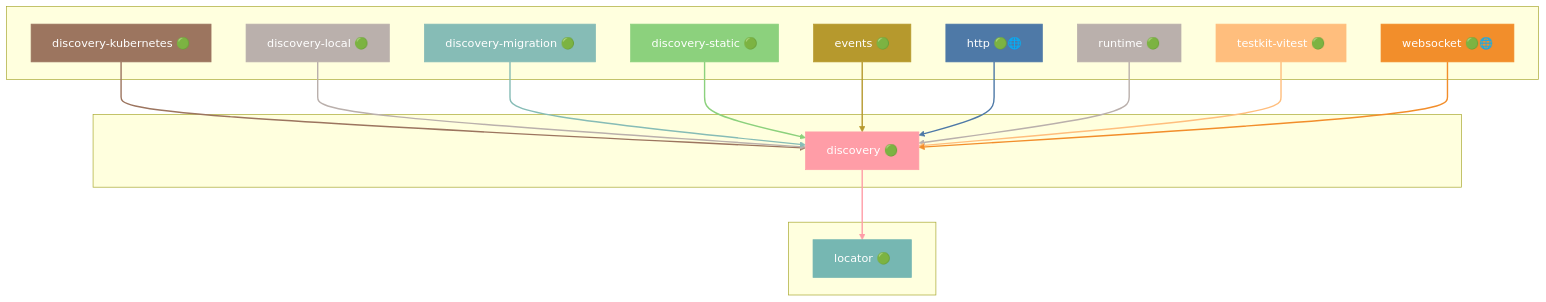
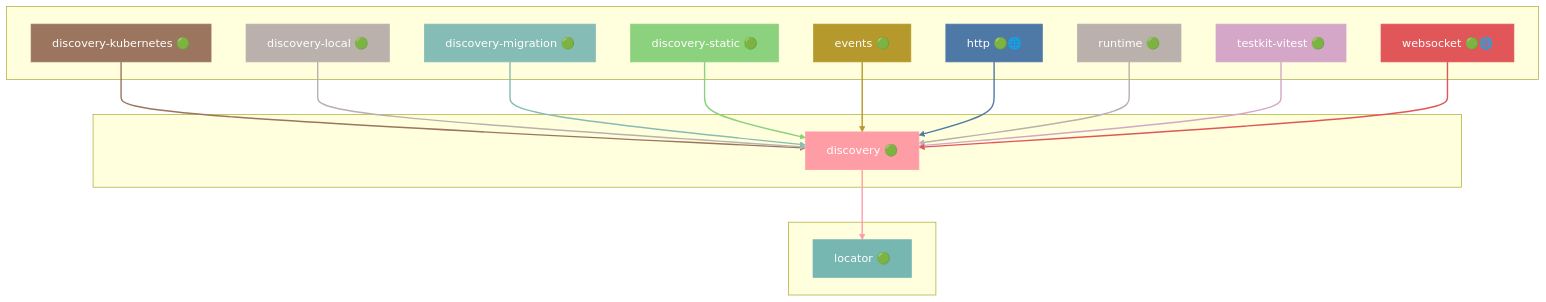
Before and after one commit to grest-ts/grest-ts: the ninth of 41 diagrams in docs/DEPENDENCIES.md, drawn with Mermaid. The commit also changed other lines of this file and 31 other files, not shown here.

````diff
--- a/docs/DEPENDENCIES.md
+++ b/docs/DEPENDENCIES.md
@@ -627,51 +629,51 @@
 ```mermaid
 flowchart TB
     subgraph Dependents[" "]
         discovery-kubernetes["discovery-kubernetes 🟢"]
         discovery-local["discovery-local 🟢"]
         discovery-migration["discovery-migration 🟢"]
         discovery-static["discovery-static 🟢"]
         events["events 🟢"]
         http["http 🟢🌐"]
         runtime["runtime 🟢"]
         testkit-vitest["testkit-vitest 🟢"]
         websocket["websocket 🟢🌐"]
     end
     subgraph Package[" "]
         discovery["discovery 🟢"]
     end
     subgraph Dependencies[" "]
         locator["locator 🟢"]
     end
     discovery-kubernetes --> discovery
     discovery-local --> discovery
     discovery-migration --> discovery
     discovery-static --> discovery
     events --> discovery
     http --> discovery
     runtime --> discovery
     testkit-vitest --> discovery
     websocket --> discovery
     discovery --> locator
     style discovery fill:#FF9DA7,stroke:#FF9DA7,color:#fff
     style discovery-kubernetes fill:#9C755F,stroke:#9C755F,color:#fff
     style discovery-local fill:#BAB0AC,stroke:#BAB0AC,color:#fff
     style discovery-migration fill:#86BCB6,stroke:#86BCB6,color:#fff
     style discovery-static fill:#8CD17D,stroke:#8CD17D,color:#fff
     style events fill:#B6992D,stroke:#B6992D,color:#fff
     style http fill:#4E79A7,stroke:#4E79A7,color:#fff
     style runtime fill:#BAB0AC,stroke:#BAB0AC,color:#fff
-    style testkit-vitest fill:#FFBE7D,stroke:#FFBE7D,color:#fff
-    style websocket fill:#F28E2B,stroke:#F28E2B,color:#fff
+    style testkit-vitest fill:#D4A6C8,stroke:#D4A6C8,color:#fff
+    style websocket fill:#E15759,stroke:#E15759,color:#fff
     style locator fill:#76B7B2,stroke:#76B7B2,color:#fff
     linkStyle 0 stroke:#9C755F,stroke-width:2px
     linkStyle 1 stroke:#BAB0AC,stroke-width:2px
     linkStyle 2 stroke:#86BCB6,stroke-width:2px
     linkStyle 3 stroke:#8CD17D,stroke-width:2px
     linkStyle 4 stroke:#B6992D,stroke-width:2px
     linkStyle 5 stroke:#4E79A7,stroke-width:2px
     linkStyle 6 stroke:#BAB0AC,stroke-width:2px
-    linkStyle 7 stroke:#FFBE7D,stroke-width:2px
-    linkStyle 8 stroke:#F28E2B,stroke-width:2px
+    linkStyle 7 stroke:#D4A6C8,stroke-width:2px
+    linkStyle 8 stroke:#E15759,stroke-width:2px
     linkStyle 9 stroke:#FF9DA7,stroke-width:2px
 ```
````
